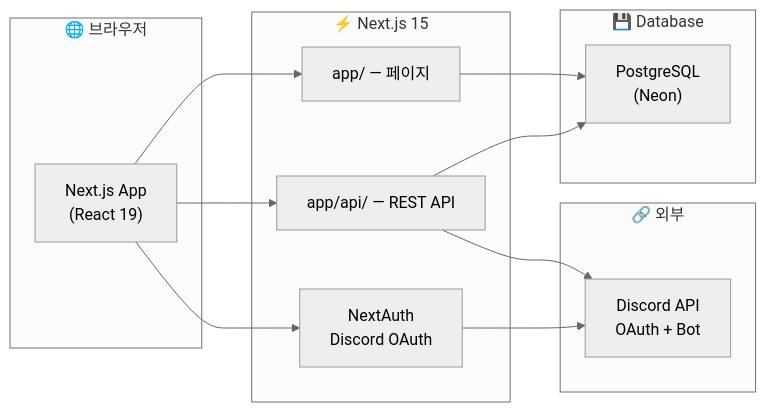
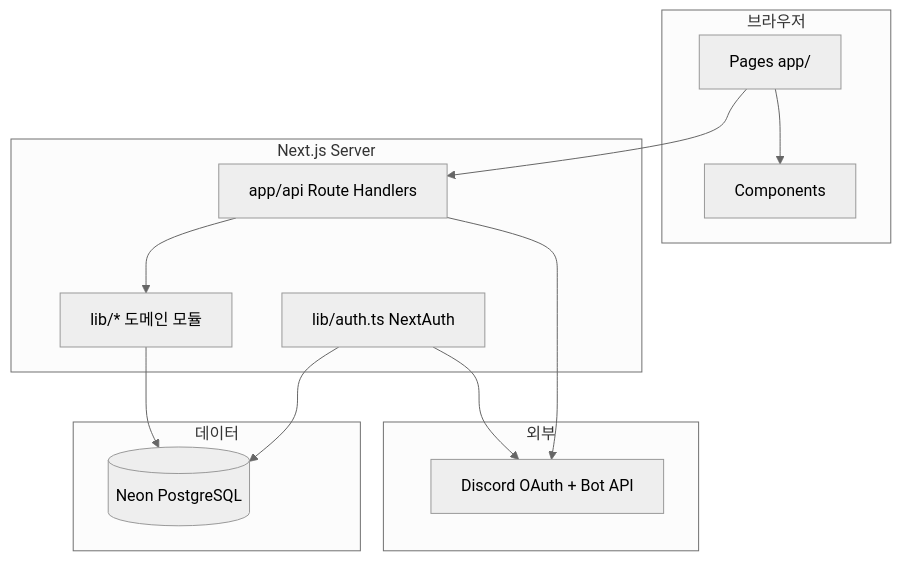
The second of 3 diagrams in README.md (zyansuh/ow_school), drawn with Mermaid (neutral theme) before and after one commit. The commit also changed other lines of this file, not shown here.

First line of the commit message:
docs: README 상세 확장 — 소스맵·API·플로우·개발 규칙

````diff
--- a/README.md
+++ b/README.md
@@ -158,28 +207,25 @@
 ```mermaid
-flowchart LR
-    subgraph Browser["🌐 브라우저"]
-        UI["Next.js App\n(React 19)"]
+flowchart TB
+    subgraph Client["브라우저"]
+        P[Pages app/]
+        C[Components]
     end
-
-    subgraph Next["⚡ Next.js 15"]
-        Pages["app/ — 페이지"]
-        API["app/api/ — REST API"]
-        Auth["NextAuth\nDiscord OAuth"]
+    subgraph Server["Next.js Server"]
+        API[app/api Route Handlers]
+        AUTH[lib/auth.ts NextAuth]
+        LIB[lib/* 도메인 모듈]
     end
-
-    subgraph External["🔗 외부"]
-        Discord["Discord API\nOAuth + Bot"]
+    subgraph External["외부"]
+        DISCORD[Discord OAuth + Bot API]
     end
-
-    subgraph DB["💾 Database"]
-        PG["PostgreSQL\n(Neon)"]
+    subgraph Data["데이터"]
+        NEON[(Neon PostgreSQL)]
     end
-
-    UI --> Pages
-    UI --> API
-    UI --> Auth
-    Auth --> Discord
-    API --> PG
-    Pages --> PG
-    API --> Discord
+    P --> C
+    P --> API
+    API --> LIB
+    AUTH --> DISCORD
+    LIB --> NEON
+    API --> DISCORD
+    AUTH --> NEON
 ```
````
